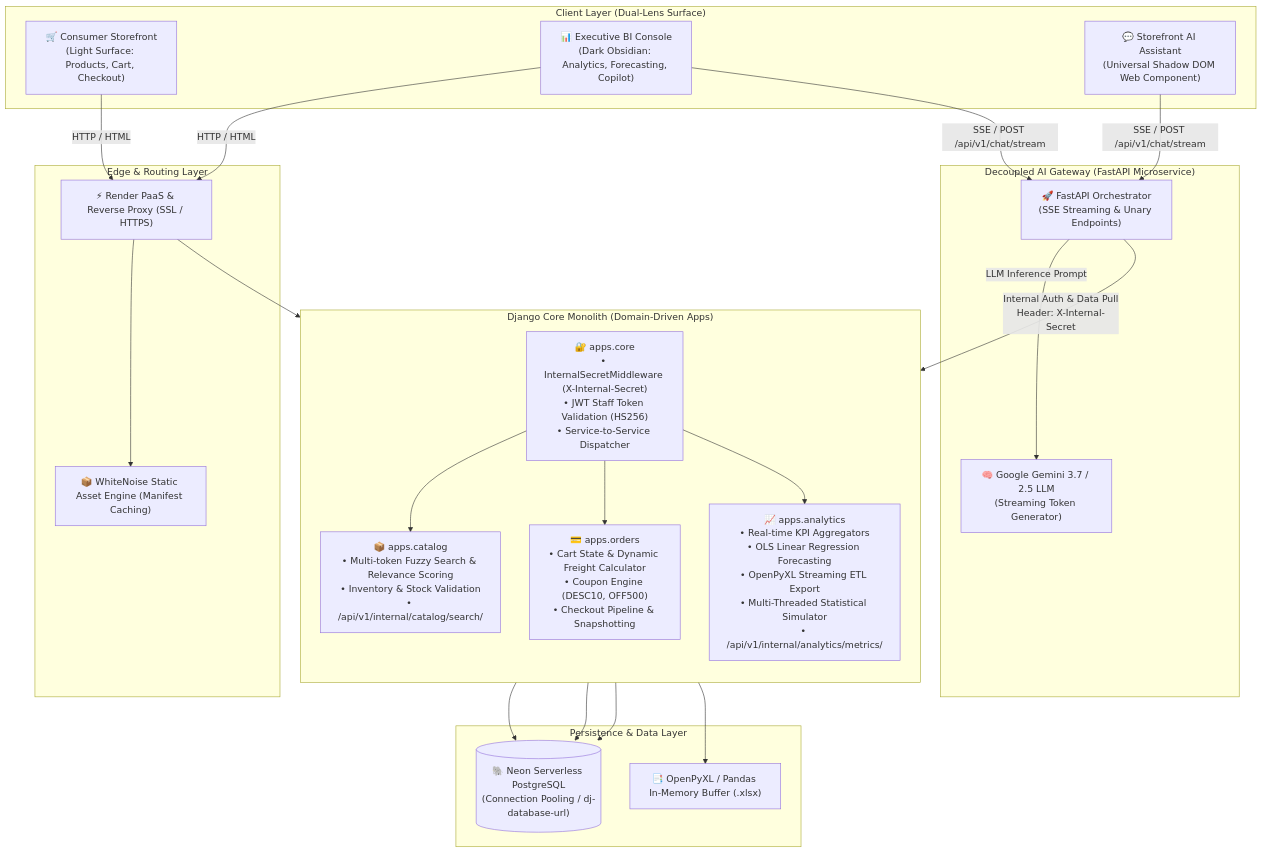
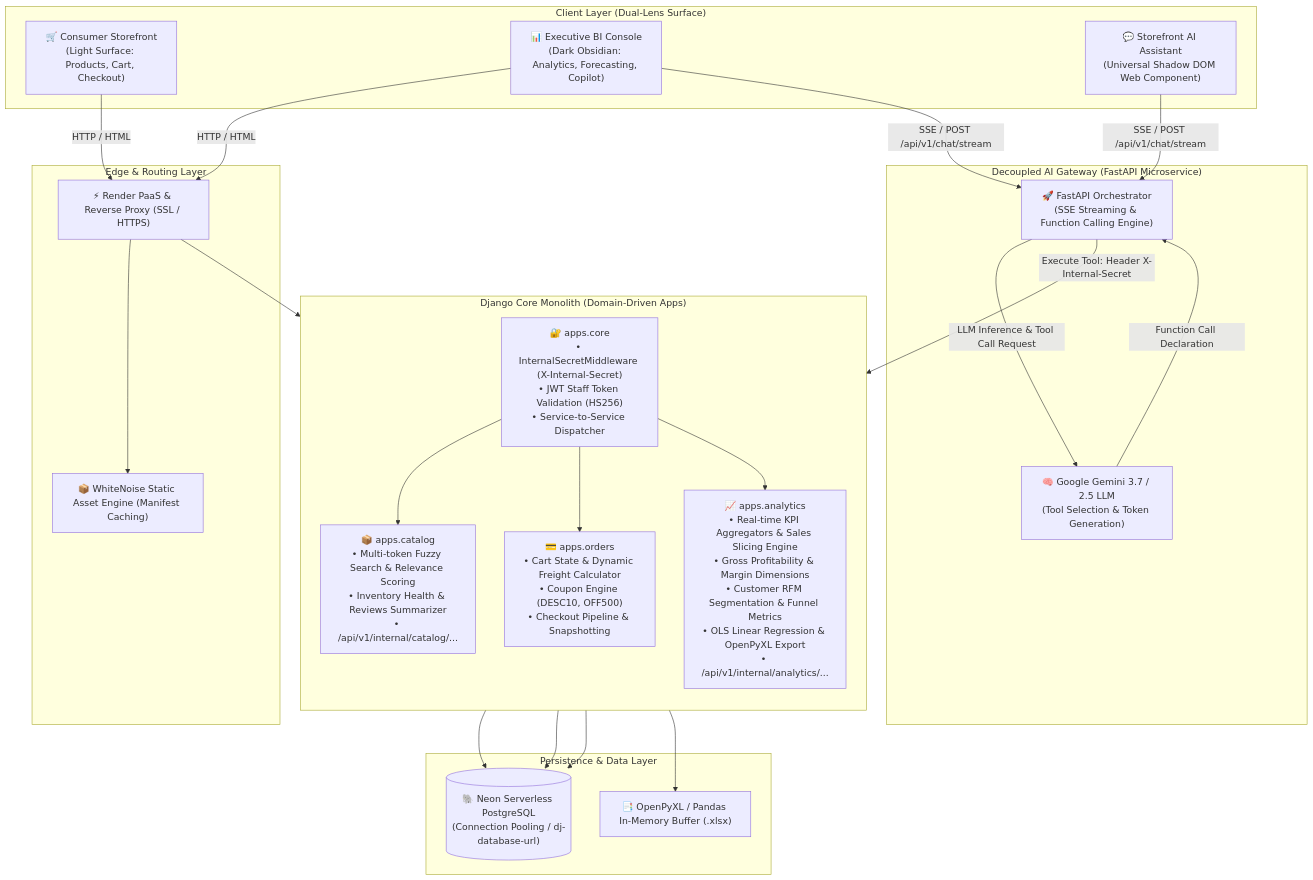
Before and after one commit to waycold/ecommerce_Django: the diagram in README.md, drawn with Mermaid. The commit also changed other lines of this file and 23 other files, not shown here.

Commit message:
feat: add analytics, catalog, and core service layers with support for margin reporting and semantic search.

````diff
--- a/README.md
+++ b/README.md
@@ -55,51 +59,52 @@
 ```mermaid
 flowchart TB
     subgraph Clients ["Client Layer (Dual-Lens Surface)"]
         Shopper["🛒 Consumer Storefront<br/>(Light Surface: Products, Cart, Checkout)"]
         Manager["📊 Executive BI Console<br/>(Dark Obsidian: Analytics, Forecasting, Copilot)"]
         Widget["💬 Storefront AI Assistant<br/>(Universal Shadow DOM Web Component)"]
     end
 
     subgraph CDN ["Edge & Routing Layer"]
         Render["⚡ Render PaaS & Reverse Proxy (SSL / HTTPS)"]
         WhiteNoise["📦 WhiteNoise Static Asset Engine (Manifest Caching)"]
     end
 
     subgraph DjangoApp ["Django Core Monolith (Domain-Driven Apps)"]
         direction TB
         CoreApp["🔐 apps.core<br/>• InternalSecretMiddleware (X-Internal-Secret)<br/>• JWT Staff Token Validation (HS256)<br/>• Service-to-Service Dispatcher"]
-        CatalogApp["📦 apps.catalog<br/>• Multi-token Fuzzy Search & Relevance Scoring<br/>• Inventory & Stock Validation<br/>• /api/v1/internal/catalog/search/"]
+        CatalogApp["📦 apps.catalog<br/>• Multi-token Fuzzy Search & Relevance Scoring<br/>• Inventory Health & Reviews Summarizer<br/>• /api/v1/internal/catalog/..."]
         OrdersApp["💳 apps.orders<br/>• Cart State & Dynamic Freight Calculator<br/>• Coupon Engine (DESC10, OFF500)<br/>• Checkout Pipeline & Snapshotting"]
-        AnalyticsApp["📈 apps.analytics<br/>• Real-time KPI Aggregators<br/>• OLS Linear Regression Forecasting<br/>• OpenPyXL Streaming ETL Export<br/>• Multi-Threaded Statistical Simulator<br/>• /api/v1/internal/analytics/metrics/"]
+        AnalyticsApp["📈 apps.analytics<br/>• Real-time KPI Aggregators & Sales Slicing Engine<br/>• Gross Profitability & Margin Dimensions<br/>• Customer RFM Segmentation & Funnel Metrics<br/>• OLS Linear Regression & OpenPyXL Export<br/>• /api/v1/internal/analytics/..."]
     end
 
     subgraph AIGateway ["Decoupled AI Gateway (FastAPI Microservice)"]
-        FastAPI["🚀 FastAPI Orchestrator<br/>(SSE Streaming & Unary Endpoints)"]
-        Gemini["🧠 Google Gemini 3.7 / 2.5 LLM<br/>(Streaming Token Generator)"]
+        FastAPI["🚀 FastAPI Orchestrator<br/>(SSE Streaming & Function Calling Engine)"]
+        Gemini["🧠 Google Gemini 3.7 / 2.5 LLM<br/>(Tool Selection & Token Generation)"]
     end
 
     subgraph DataStore ["Persistence & Data Layer"]
         NeonDB[("🐘 Neon Serverless PostgreSQL<br/>(Connection Pooling / dj-database-url)")]
         ExcelStream["📑 OpenPyXL / Pandas In-Memory Buffer (.xlsx)"]
     end
 
     Shopper -->|HTTP / HTML| Render
     Manager -->|HTTP / HTML| Render
     Render --> WhiteNoise
     Render --> CoreApp
 
     Widget -->|SSE / POST /api/v1/chat/stream| FastAPI
     Manager -->|SSE / POST /api/v1/chat/stream| FastAPI
 
-    FastAPI -->|LLM Inference Prompt| Gemini
-    FastAPI -->|Internal Auth & Data Pull<br/>Header: X-Internal-Secret| CoreApp
+    FastAPI -->|LLM Inference & Tool Call Request| Gemini
+    Gemini -->|Function Call Declaration| FastAPI
+    FastAPI -->|Execute Tool: Header X-Internal-Secret| CoreApp
 
     CoreApp --> CatalogApp
     CoreApp --> OrdersApp
     CoreApp --> AnalyticsApp
 
     CatalogApp --> NeonDB
     OrdersApp --> NeonDB
     AnalyticsApp --> NeonDB
     AnalyticsApp --> ExcelStream
 ```
````
